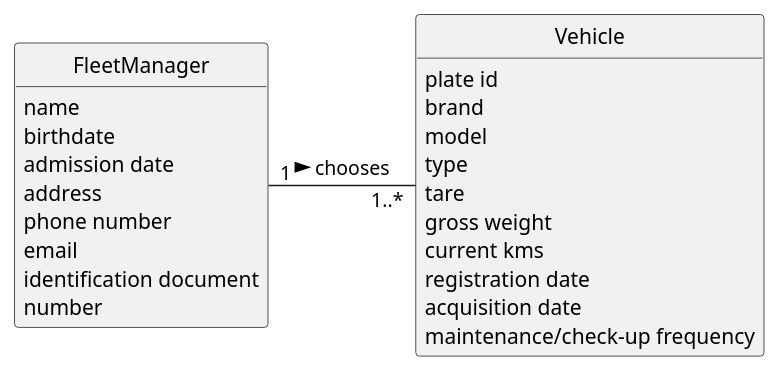
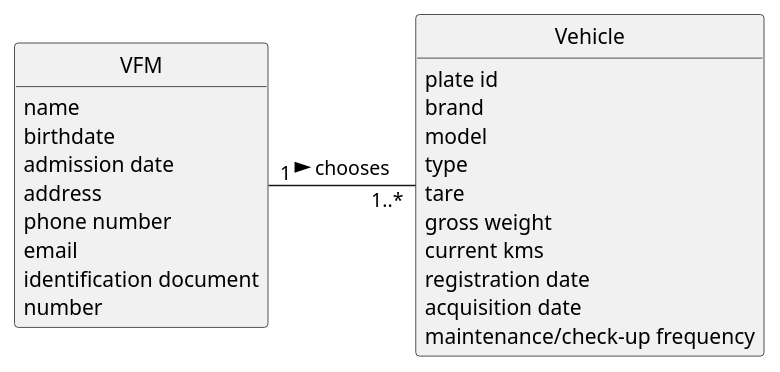
Before and after one commit to diogoveirospro/lei-24-s2-1dg-g072: the diagram in docs/sprintA/us007/02.analysis/puml/us007-domain-model.puml, drawn with PlantUML. The commit also changed 13 other files, not shown here.

```diff
--- a/docs/sprintA/us007/02.analysis/puml/us007-domain-model.puml
+++ b/docs/sprintA/us007/02.analysis/puml/us007-domain-model.puml
@@ -1,32 +1,38 @@
 @startuml
+skinparam monochrome true
+skinparam packageStyle rectangle
+skinparam shadowing false
 
+'left to right direction
+
+skinparam classAttributeIconSize 0
 hide circles
 hide methods
 
-class FleetManager{
+class VFM{
     name
     birthdate
     admission date
     address
     phone number
     email
     identification document
     number
 }
 
 class Vehicle{
     plate id
     brand
     model
     type
     tare
     gross weight
     current kms
     registration date
     acquisition date
     maintenance/check-up frequency
 }
 
 
-FleetManager "1"-"   1..*" Vehicle: chooses >
+VFM "1"-"   1..*" Vehicle: chooses >
 @enduml
```
